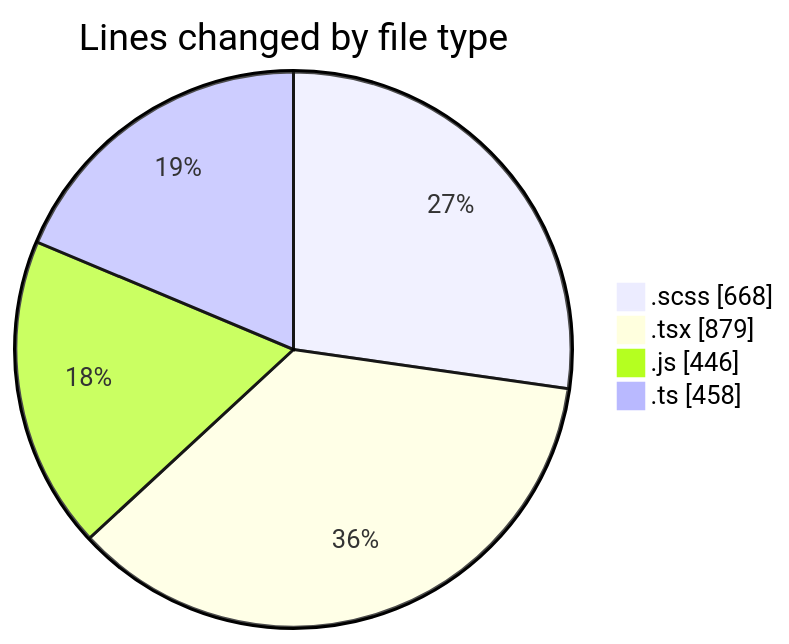
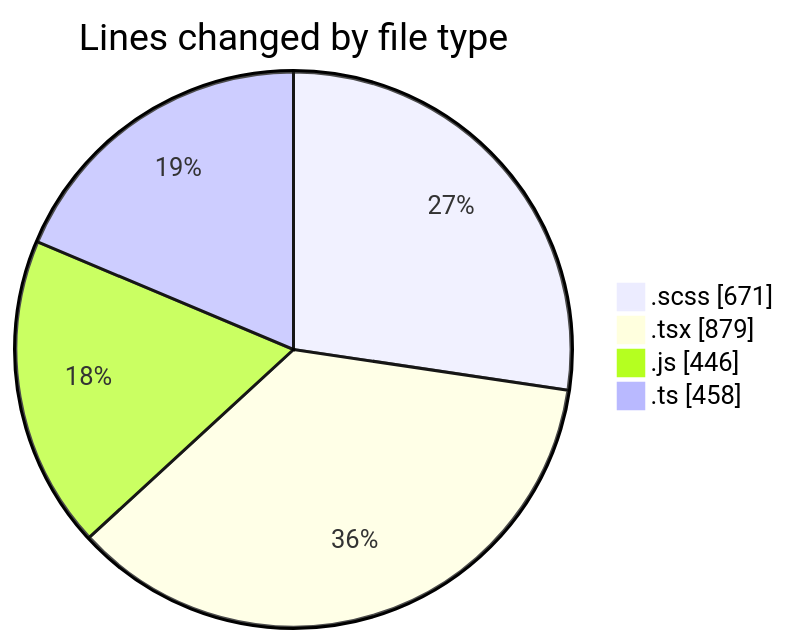
The first of 2 diagrams in 2025-03-14/cda/README.md (momahboobian/code-tracking), drawn with Mermaid before and after one commit. The commit also changed other lines of this file and 1 other file, not shown here.

````diff
--- a/2025-03-14/cda/README.md
+++ b/2025-03-14/cda/README.md
@@ -34,8 +34,8 @@
 ```mermaid
 pie showData
 title Lines changed by file type
-".scss" : 668
+".scss" : 671
 ".tsx" : 879
 ".js" : 446
 ".ts" : 458
 ```
````
